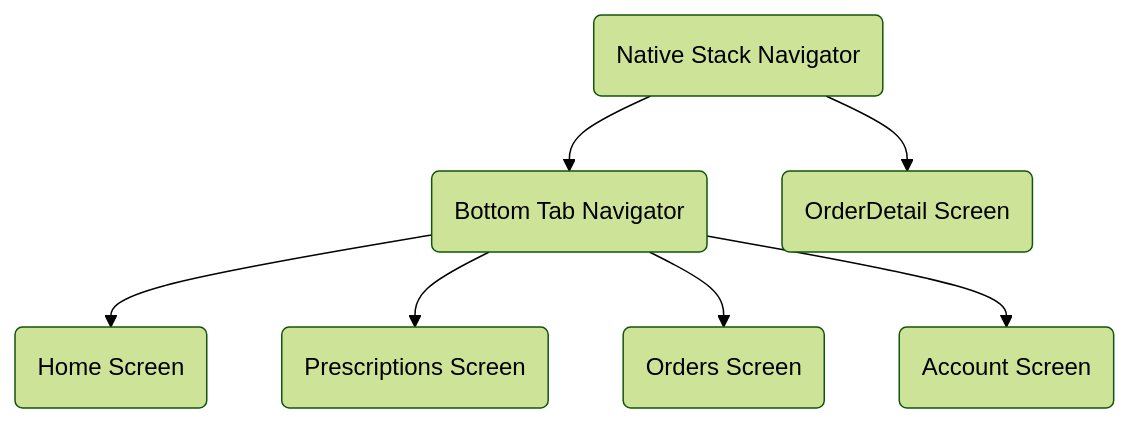
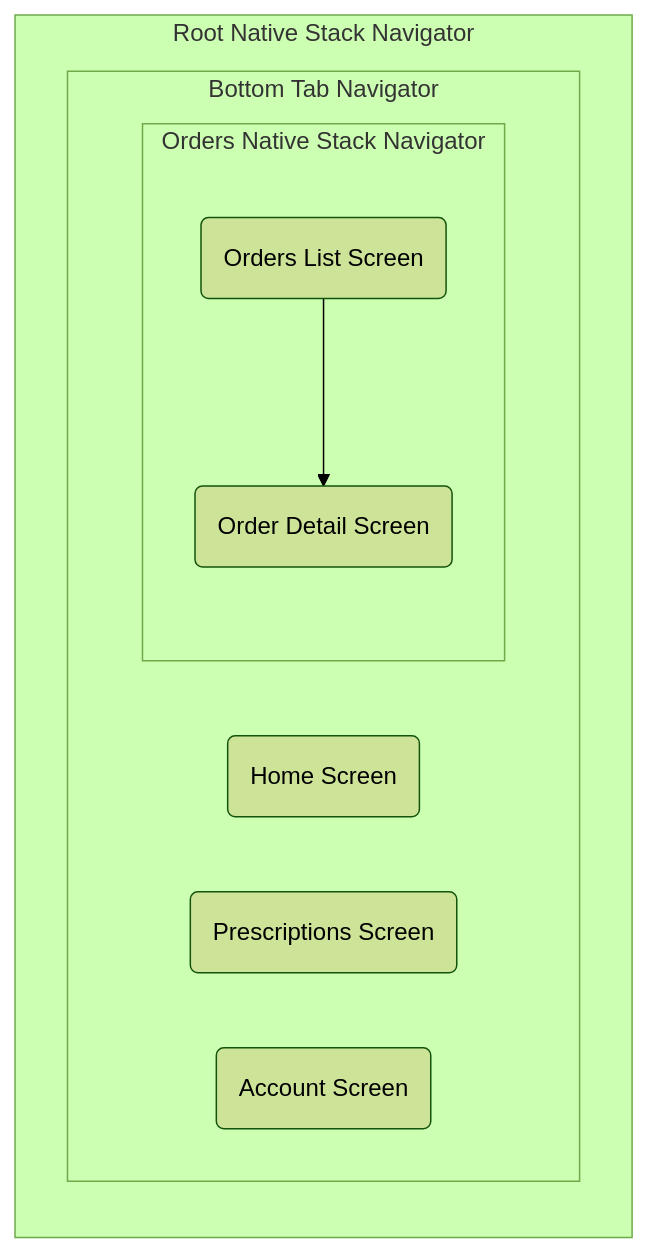
The diagram in SpeedyMeds/docs/setup/navigation-setup.md (nickPattLB303/react-native-examples), drawn with Mermaid (forest theme) before and after one commit. The commit also changed other lines of this file and 3 other files, not shown here.

````diff
--- a/SpeedyMeds/docs/setup/navigation-setup.md
+++ b/SpeedyMeds/docs/setup/navigation-setup.md
@@ -59,9 +63,30 @@
 ```mermaid
 graph TD
-    RootStack(Native Stack Navigator) --> TabNav(Bottom Tab Navigator);
-    RootStack --> OrderDetail(OrderDetail Screen);
-    TabNav --> HomeScreen(Home Screen);
-    TabNav --> PrescriptionsScreen(Prescriptions Screen);
-    TabNav --> OrdersScreen(Orders Screen);
-    TabNav --> AccountScreen(Account Screen);
+    subgraph RootStack [Root Native Stack Navigator]
+        direction TB
+        TabNav(Bottom Tab Navigator)
+    end
+
+    subgraph TabNav [Bottom Tab Navigator]
+        direction LR
+        HomeScreen(Home Screen)
+        PrescriptionsScreen(Prescriptions Screen)
+        OrdersStackNav(Orders Stack)
+        AccountScreen(Account Screen)
+    end
+
+    subgraph OrdersStackNav [Orders Native Stack Navigator]
+        direction TB
+        OrdersListScreen(Orders List Screen) --> OrderDetailScreen(Order Detail Screen)
+    end
+
+    %% Define connections explicitly if needed, though subgraph implies hierarchy
+    %% RootStack --> TabNav; (Implied by subgraph)
+    %% TabNav --> HomeScreen; (Implied by subgraph)
+    %% TabNav --> PrescriptionsScreen; (Implied by subgraph)
+    %% TabNav --> OrdersStackNav; (Implied by subgraph)
+    %% TabNav --> AccountScreen; (Implied by subgraph)
+    %% OrdersStackNav --> OrdersListScreen; (Implied by subgraph)
+    %% OrdersListScreen --> OrderDetailScreen; (Implied by subgraph)
+
 ```
````
